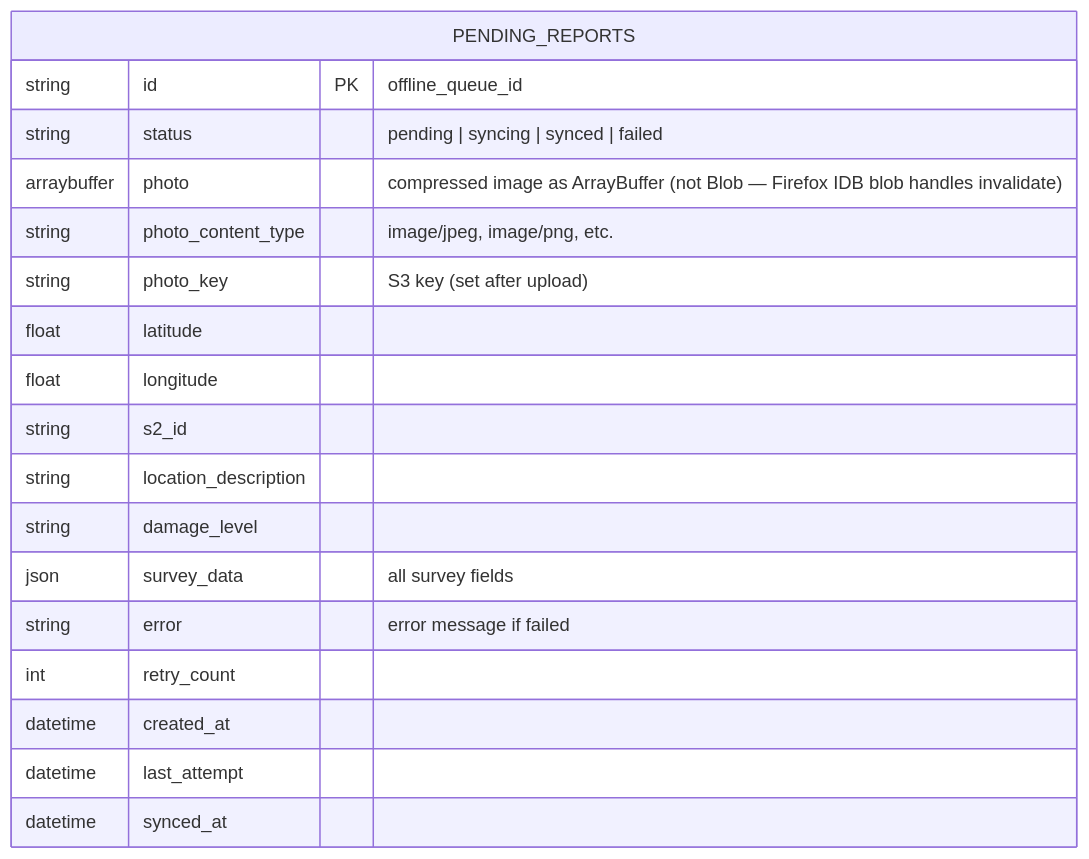
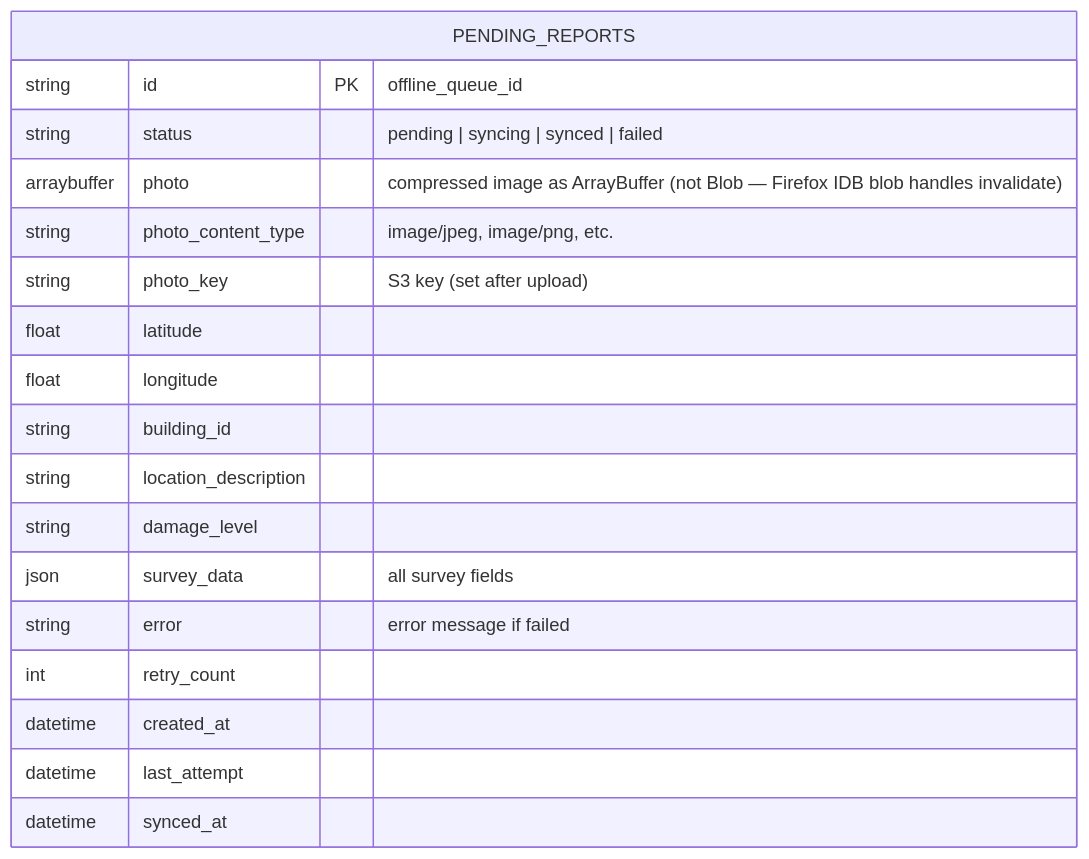
Before and after one commit to foad/terra: the tenth of 10 diagrams in docs/offline-connectivity-scenarios.md, drawn with Mermaid. The commit also changed 12 other files, not shown here.

````diff
--- a/docs/offline-connectivity-scenarios.md
+++ b/docs/offline-connectivity-scenarios.md
@@ -268,21 +268,21 @@
 ```mermaid
 erDiagram
     PENDING_REPORTS {
         string id PK "offline_queue_id"
         string status "pending | syncing | synced | failed"
         arraybuffer photo "compressed image as ArrayBuffer (not Blob — Firefox IDB blob handles invalidate)"
         string photo_content_type "image/jpeg, image/png, etc."
         string photo_key "S3 key (set after upload)"
         float latitude
         float longitude
-        string s2_id
+        string building_id
         string location_description
         string damage_level
         json survey_data "all survey fields"
         string error "error message if failed"
         int retry_count
         datetime created_at
         datetime last_attempt
         datetime synced_at
     }
 ```
````
